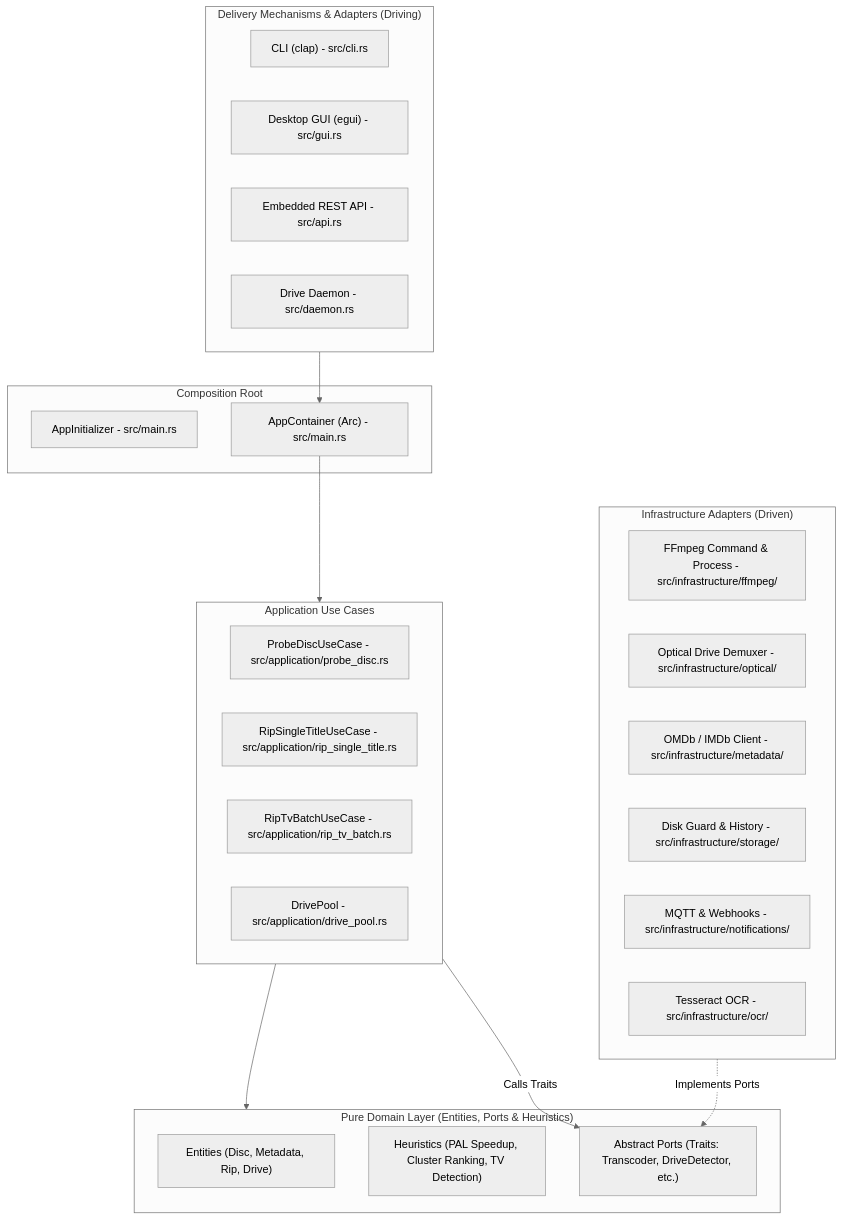
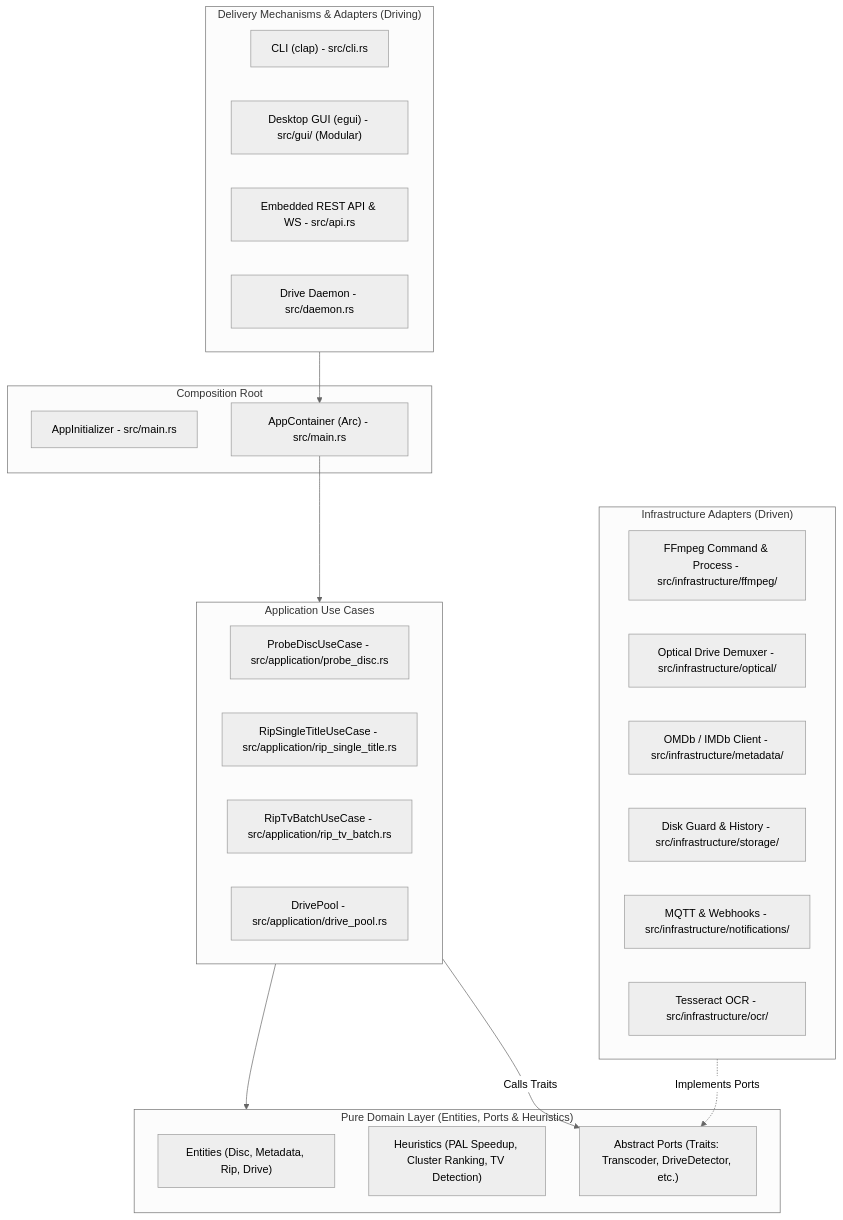
The diagram in docs/SOLID_ARCHITECTURE.md (clockworkengineer/dvd-ripper), drawn with Mermaid (neutral theme) before and after one commit. The commit also changed 12 other files, not shown here.

````diff
--- a/docs/SOLID_ARCHITECTURE.md
+++ b/docs/SOLID_ARCHITECTURE.md
@@ -15,42 +15,42 @@
 ```mermaid
 graph TD
     subgraph UI_and_Entrypoints ["Delivery Mechanisms & Adapters (Driving)"]
         CLI["CLI (clap) - src/cli.rs"]
-        GUI["Desktop GUI (egui) - src/gui.rs"]
-        API["Embedded REST API - src/api.rs"]
+        GUI["Desktop GUI (egui) - src/gui/ (Modular)"]
+        API["Embedded REST API & WS - src/api.rs"]
         Daemon["Drive Daemon - src/daemon.rs"]
     end
 
     subgraph Composition_Root ["Composition Root"]
         AppInit["AppInitializer - src/main.rs"]
         AppContainer["AppContainer (Arc<dyn Ports>) - src/main.rs"]
     end
 
     subgraph Application_Layer ["Application Use Cases"]
         ProbeDisc["ProbeDiscUseCase - src/application/probe_disc.rs"]
         RipSingle["RipSingleTitleUseCase - src/application/rip_single_title.rs"]
         RipBatch["RipTvBatchUseCase - src/application/rip_tv_batch.rs"]
         DrivePool["DrivePool - src/application/drive_pool.rs"]
     end
 
     subgraph Domain_Layer ["Pure Domain Layer (Entities, Ports & Heuristics)"]
         Entities["Entities (Disc, Metadata, Rip, Drive)"]
         Heuristics["Heuristics (PAL Speedup, Cluster Ranking, TV Detection)"]
         Ports["Abstract Ports (Traits: Transcoder, DriveDetector, etc.)"]
     end
 
     subgraph Infrastructure_Adapters ["Infrastructure Adapters (Driven)"]
         FFmpegAdapter["FFmpeg Command & Process - src/infrastructure/ffmpeg/"]
         OpticalAdapter["Optical Drive Demuxer - src/infrastructure/optical/"]
         MetadataAdapter["OMDb / IMDb Client - src/infrastructure/metadata/"]
         StorageAdapter["Disk Guard & History - src/infrastructure/storage/"]
         NotifyAdapter["MQTT & Webhooks - src/infrastructure/notifications/"]
         OCRAdapter["Tesseract OCR - src/infrastructure/ocr/"]
     end
 
     UI_and_Entrypoints --> AppContainer
     AppContainer --> Application_Layer
     Application_Layer --> Domain_Layer
     Infrastructure_Adapters -.->|Implements Ports| Ports
     Application_Layer -->|Calls Traits| Ports
 ```
````
